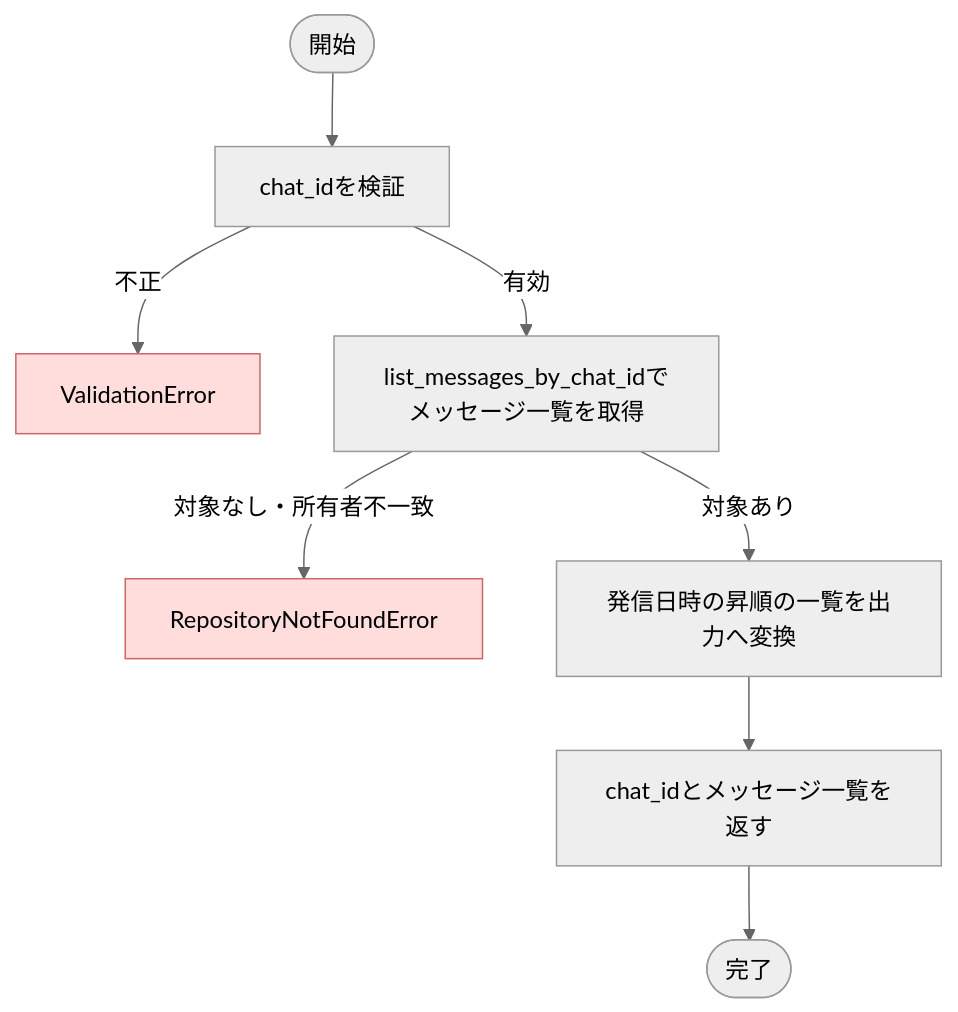
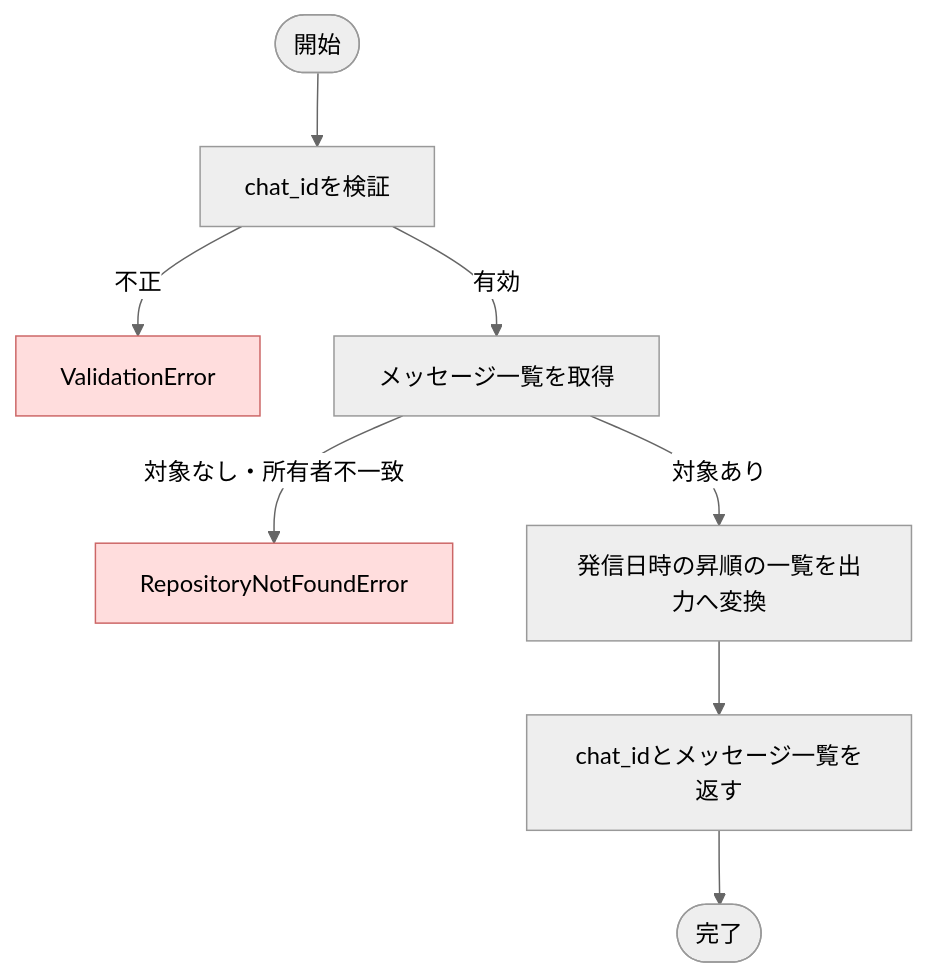
The diagram in docs/backend/specification/usecases/chat/list_chat_messages.md (ponta-kh/paperbuddy), drawn with Mermaid (neutral theme) before and after one commit. The commit also changed other lines of this file and 12 other files, not shown here.

````diff
--- a/docs/backend/specification/usecases/chat/list_chat_messages.md
+++ b/docs/backend/specification/usecases/chat/list_chat_messages.md
@@ -88,13 +88,13 @@
 ```mermaid
 flowchart TD
     A([開始]) --> B["chat_idを検証"]
     B -->|不正| ERR1["ValidationError"]
-    B -->|有効| C["list_messages_by_chat_idでメッセージ一覧を取得"]
+    B -->|有効| C["メッセージ一覧を取得"]
     C -->|対象なし・所有者不一致| ERR2["RepositoryNotFoundError"]
     C -->|対象あり| D["発信日時の昇順の一覧を出力へ変換"]
     D --> E["chat_idとメッセージ一覧を返す"]
     E --> F([完了])
 
     style ERR1 fill:#fdd,stroke:#c66
     style ERR2 fill:#fdd,stroke:#c66
 ```
````
